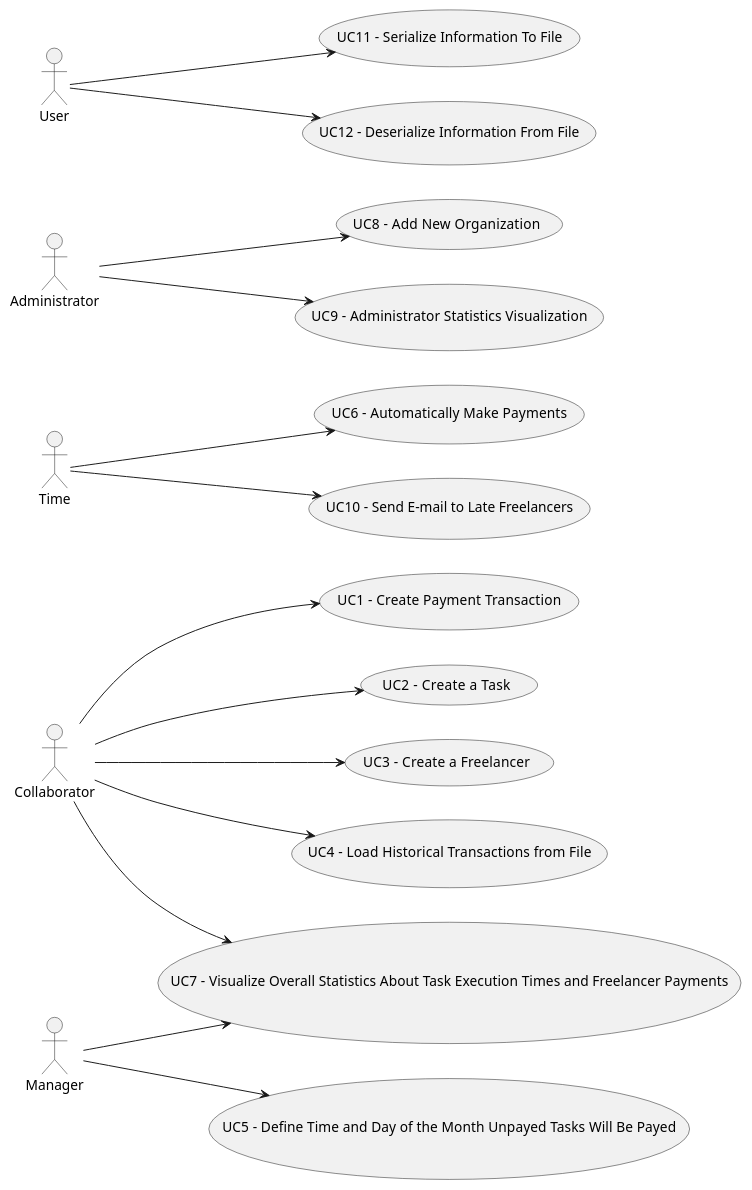
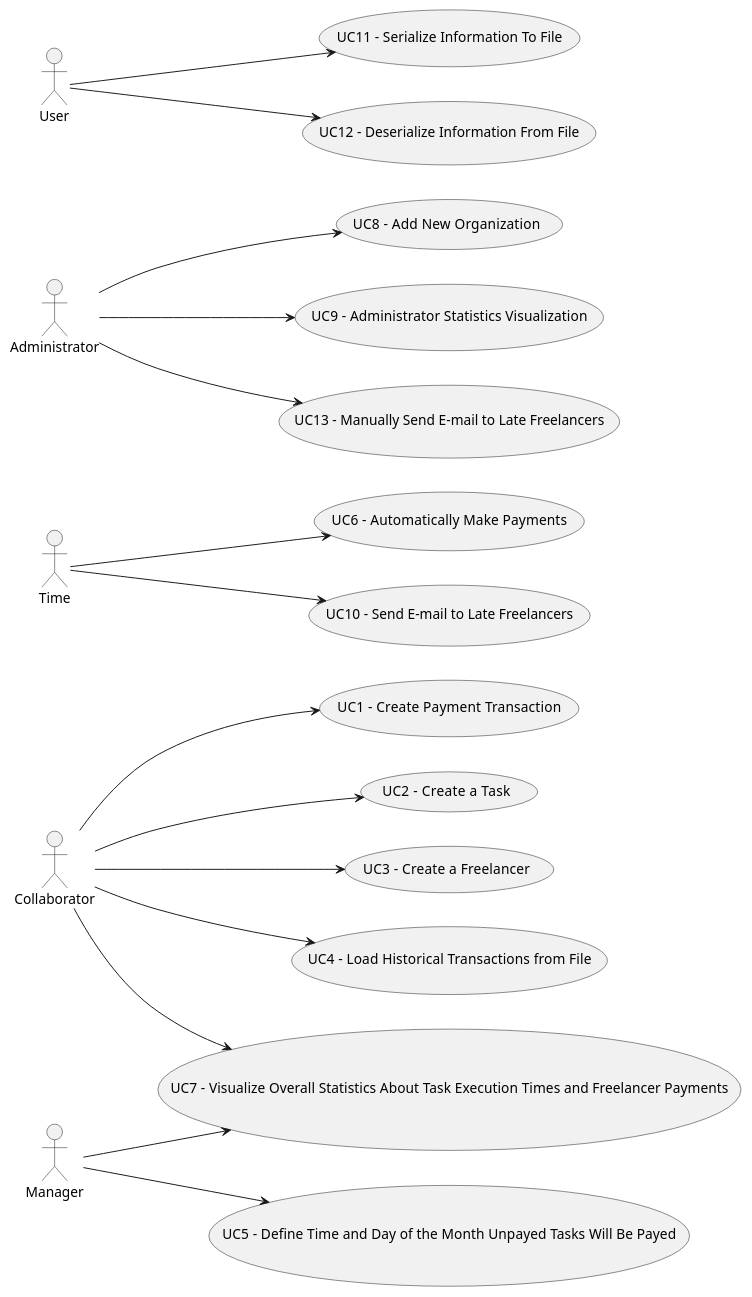
One commit to botelho-io/lapr2-2020-g029 changed the diagram in docs/DUC/DUC.puml. Above: the diagram before and after it, drawn with PlantUML. The commit also changed 20 other files, not shown here.

```diff
--- a/docs/DUC/DUC.puml
+++ b/docs/DUC/DUC.puml
@@ -1,44 +1,46 @@
 @startuml DUC
 
 usecase UC1  as "UC1  - Create Payment Transaction"
 usecase UC2  as "UC2  - Create a Task"
 usecase UC3  as "UC3  - Create a Freelancer"
 usecase UC4  as "UC4  - Load Historical Transactions from File"
 usecase UC5  as "UC5  - Define Time and Day of the Month Unpayed Tasks Will Be Payed"
 usecase UC6  as "UC6  - Automatically Make Payments"
 usecase UC7  as "UC7  - Visualize Overall Statistics About Task Execution Times and Freelancer Payments"
 usecase UC8  as "UC8  - Add New Organization"
 usecase UC9  as "UC9  - Administrator Statistics Visualization"
 usecase UC10 as "UC10 - Send E-mail to Late Freelancers"
 usecase UC11 as "UC11 - Serialize Information To File"
 usecase UC12 as "UC12 - Deserialize Information From File"
+usecase UC13 as "UC13 - Manually Send E-mail to Late Freelancers"
 
 actor Collaborator as C
 actor Manager as M
 actor Administrator as A
 actor Time as T
 actor User as U
 
 left to right direction
 
 C --> (UC1)
 C --> (UC2)
 C --> (UC3)
 C --> (UC4)
 
 M --> (UC5)
 
 T --> (UC6)
 
 C --> (UC7)
 M --> (UC7)
 
 A --> (UC8)
 A --> (UC9)
+A --> (UC13)
 
 T --> (UC10)
 
 U --> (UC11)
 U --> (UC12)
 
 @enduml
```
